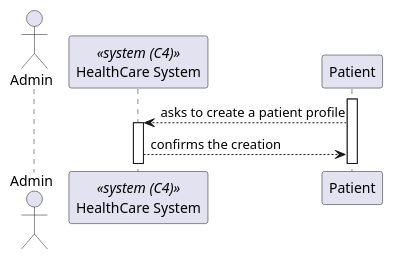
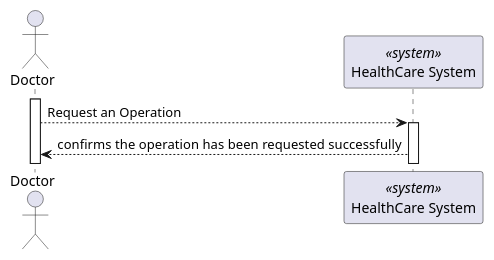
Before and after one commit to Lapr5G21/sem5pi-24-25-3ddg21: the diagram in docs/OperationRequest/views/level1/process-view.puml, drawn with PlantUML. The commit also changed 8 other files, not shown here.

```diff
--- a/docs/OperationRequest/views/level1/process-view.puml
+++ b/docs/OperationRequest/views/level1/process-view.puml
@@ -1,16 +1,15 @@
-@startuml Patient Profile Creation (level 1)
+@startuml
 
-actor Admin as "Admin"
-participant SYS as "HealthCare System" <<system (C4)>>
+actor Doctor as "Doctor"
+participant SYS as "HealthCare System" <<system>>
 
-activate Patient 
+activate Doctor 
 
-Patient --> SYS : asks to create a patient profile
-
+Doctor --> SYS : Request an Operation 
 
 activate SYS 
 
-SYS --> Patient : confirms the creation
+SYS --> Doctor : confirms the operation  has been requested successfully
 
 
 @enduml
```
